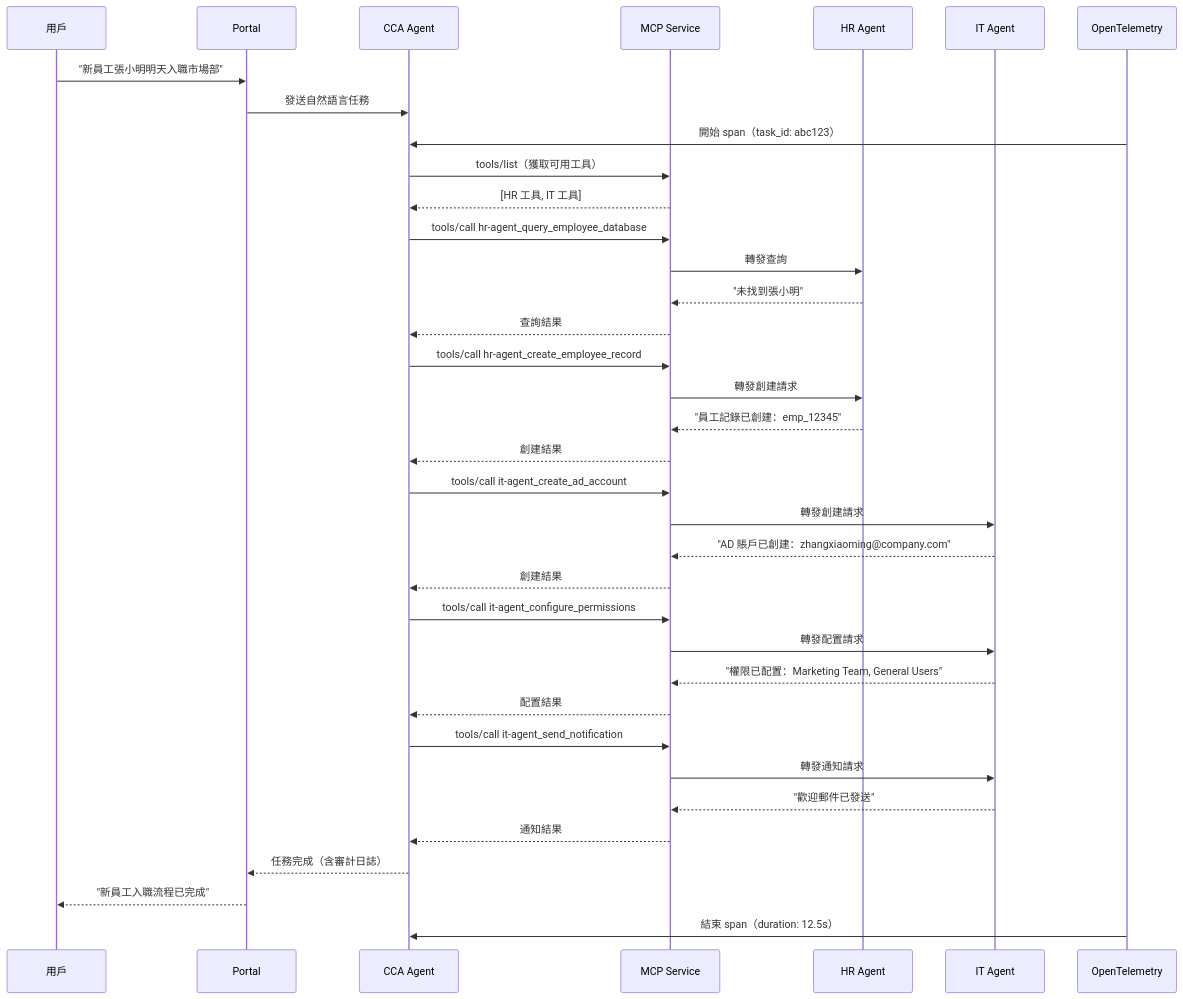
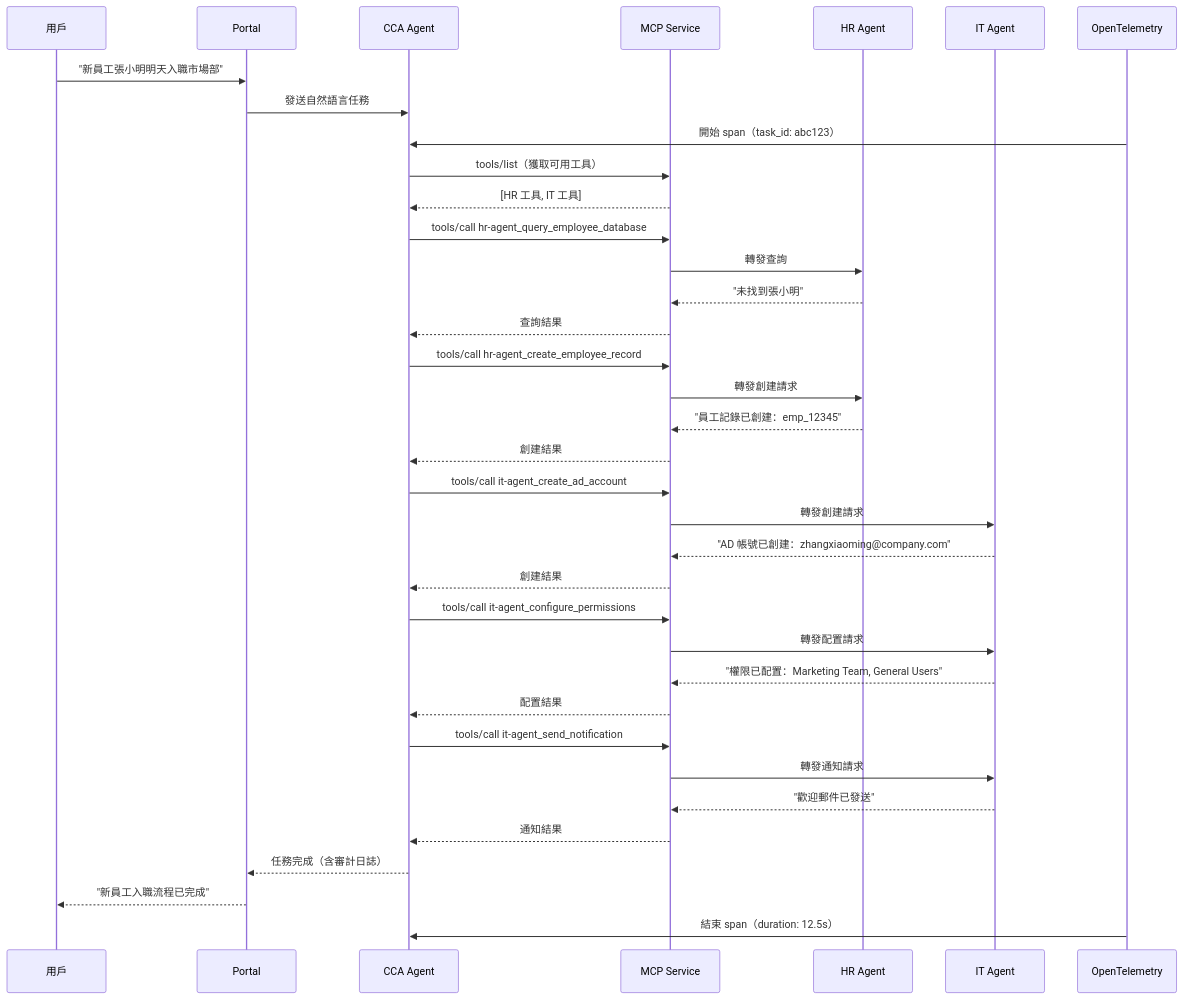
One commit to ponian/aiebok changed the second of 2 diagrams in book/chapter-07.md. Above: the diagram before and after it, drawn with Mermaid. The commit also changed other lines of this file and 9 other files, not shown here.

````diff
--- a/book/chapter-07.md
+++ b/book/chapter-07.md
@@ -373,46 +373,46 @@
 ```mermaid
 sequenceDiagram
     participant User as 用戶
     participant Portal as Portal
     participant CCA as CCA Agent
     participant MCP as MCP Service
     participant HR as HR Agent
     participant IT as IT Agent
     participant OTel as OpenTelemetry
 
     User->>Portal: "新員工張小明明天入職市場部"
     Portal->>CCA: 發送自然語言任務
     OTel->>CCA: 開始 span（task_id: abc123）
 
     CCA->>MCP: tools/list（獲取可用工具）
     MCP-->>CCA: [HR 工具, IT 工具]
 
     CCA->>MCP: tools/call hr-agent_query_employee_database
     MCP->>HR: 轉發查詢
     HR-->>MCP: "未找到張小明"
     MCP-->>CCA: 查詢結果
 
     CCA->>MCP: tools/call hr-agent_create_employee_record
     MCP->>HR: 轉發創建請求
     HR-->>MCP: "員工記錄已創建：emp_12345"
     MCP-->>CCA: 創建結果
 
     CCA->>MCP: tools/call it-agent_create_ad_account
     MCP->>IT: 轉發創建請求
-    IT-->>MCP: "AD 賬戶已創建：zhangxiaoming@company.com"
+    IT-->>MCP: "AD 帳號已創建：zhangxiaoming@company.com"
     MCP-->>CCA: 創建結果
 
     CCA->>MCP: tools/call it-agent_configure_permissions
     MCP->>IT: 轉發配置請求
     IT-->>MCP: "權限已配置：Marketing Team, General Users"
     MCP-->>CCA: 配置結果
 
     CCA->>MCP: tools/call it-agent_send_notification
     MCP->>IT: 轉發通知請求
     IT-->>MCP: "歡迎郵件已發送"
     MCP-->>CCA: 通知結果
 
     CCA-->>Portal: 任務完成（含審計日誌）
     Portal-->>User: "新員工入職流程已完成"
     OTel->>CCA: 結束 span（duration: 12.5s）
 ```
````
